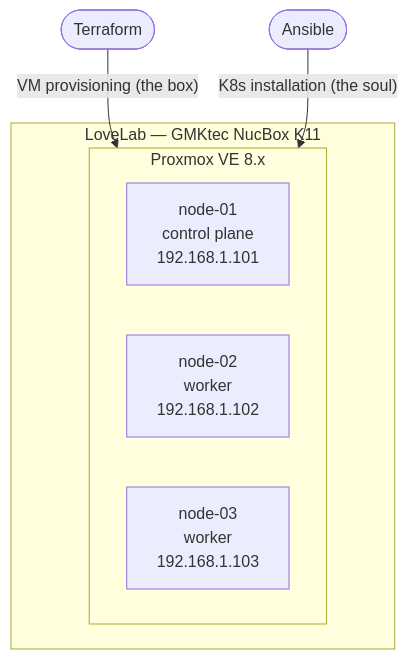
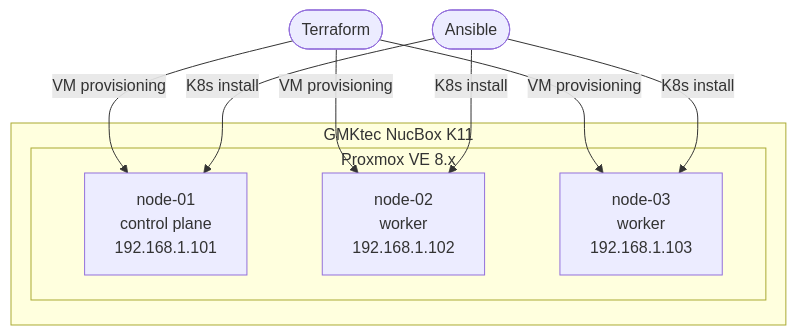
The first of 5 diagrams in README.md (shayate811/lovelab), drawn with Mermaid before and after one commit. The commit also changed other lines of this file and 2 other files, not shown here.

First line of the commit message:
refactor: Cilium CNI, 6GB RAM/node, 80GB disk/node

````diff
--- a/README.md
+++ b/README.md
@@ -5,16 +5,16 @@
 ```mermaid
 graph TB
-    subgraph LoveLab["LoveLab — GMKtec NucBox K11"]
-        subgraph Proxmox["Proxmox VE 8.x"]
-            n1["node-01\ncontrol plane\n192.168.1.101"]
-            n2["node-02\nworker\n192.168.1.102"]
-            n3["node-03\nworker\n192.168.1.103"]
+    TF(["Terraform"])
+    AN(["Ansible"])
+
+    subgraph host["GMKtec NucBox K11"]
+        subgraph pve["Proxmox VE 8.x"]
+            n1["node-01<br/>control plane<br/>192.168.1.101"]
+            n2["node-02<br/>worker<br/>192.168.1.102"]
+            n3["node-03<br/>worker<br/>192.168.1.103"]
         end
     end
 
-    TF(["Terraform"])
-    AN(["Ansible"])
-
-    TF -- "VM provisioning (the box)" --> Proxmox
-    AN -- "K8s installation (the soul)" --> Proxmox
+    TF -- "VM provisioning" --> n1 & n2 & n3
+    AN -- "K8s install" --> n1 & n2 & n3
 ```
````
